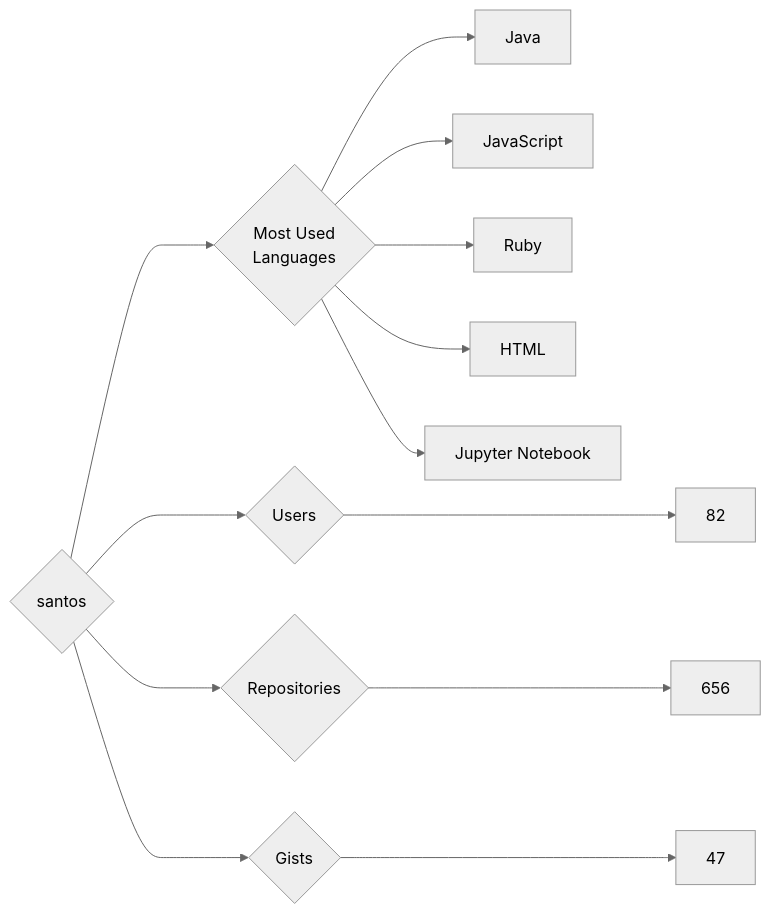
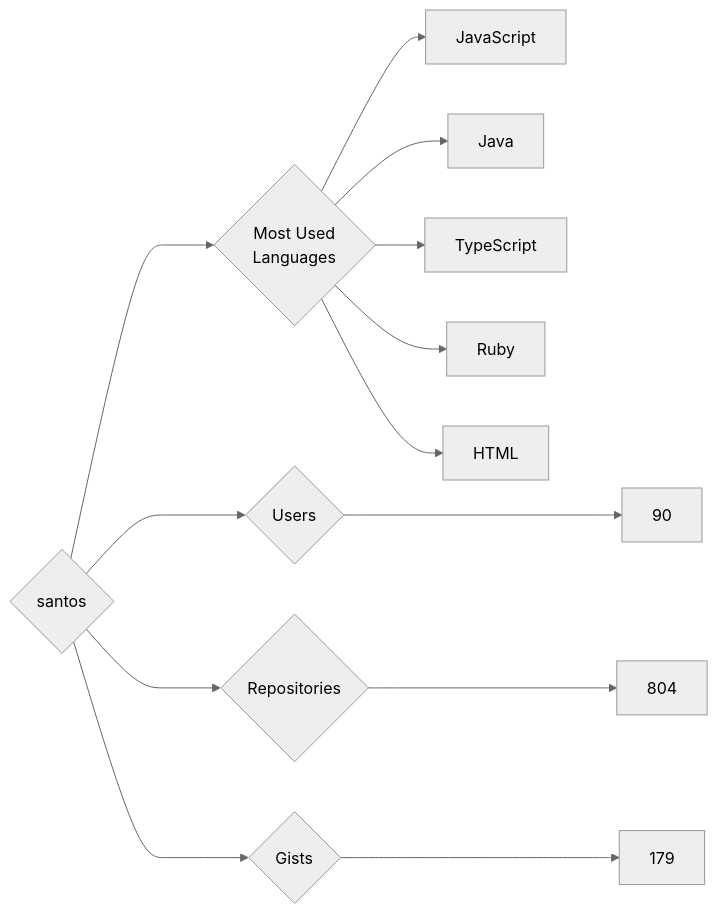
One commit to trickest/insiders changed the diagram in targets/santos/README.md. Above: the diagram before and after it, drawn with Mermaid (neutral theme). The commit also changed 773 other files, not shown here.

````diff
--- a/targets/santos/README.md
+++ b/targets/santos/README.md
@@ -3,13 +3,13 @@
 ```mermaid
 graph LR
 COMPANY_NAME{santos}
-COMPANY_NAME ---> U{Users} ---> UN[82]
-COMPANY_NAME ---> R{Repositories} ---> RN[656]
-COMPANY_NAME ---> G{Gists} ---> GN[47]
+COMPANY_NAME ---> U{Users} ---> UN[90]
+COMPANY_NAME ---> R{Repositories} ---> RN[804]
+COMPANY_NAME ---> G{Gists} ---> GN[179]
 COMPANY_NAME ---> ML{Most Used<br>Languages}
+ML --> JavaScript[JavaScript]
 ML --> Java[Java]
-ML --> JavaScript[JavaScript]
+ML --> TypeScript[TypeScript]
 ML --> Ruby[Ruby]
 ML --> HTML[HTML]
-ML --> Jupyter_Notebook[Jupyter Notebook]
 ```
````
